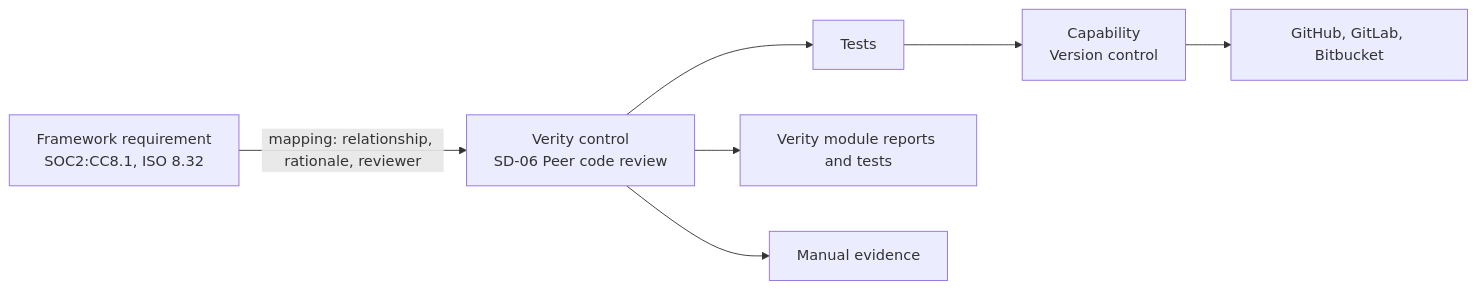
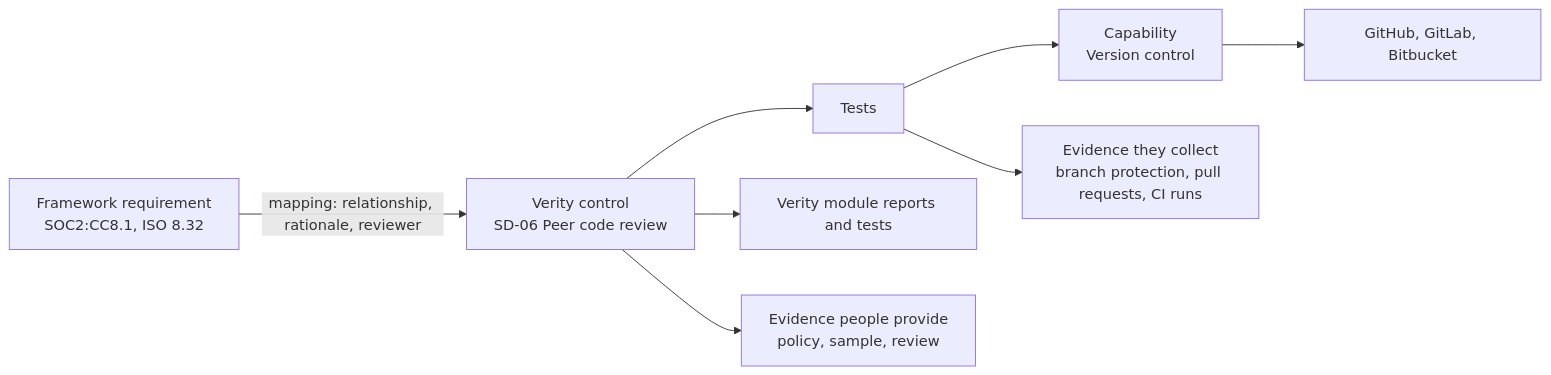
One commit to mehboob14/GRC_App_private changed the diagram in docs/product/control-framework-requirements.md. Above: the diagram before and after it, drawn with Mermaid. The commit also changed other lines of this file and 22 other files, not shown here.

First line of the commit message:
docs(controls): user guide, ADR 0014 and architecture notes for the evidence chain

````diff
--- a/docs/product/control-framework-requirements.md
+++ b/docs/product/control-framework-requirements.md
@@ -17,7 +17,8 @@
 ```mermaid
 flowchart LR
   R["Framework requirement<br/>SOC2:CC8.1, ISO 8.32"] -- "mapping: relationship, rationale, reviewer" --> C["Verity control<br/>SD-06 Peer code review"]
   C --> T["Tests"] --> K["Capability<br/>Version control"] --> P["GitHub, GitLab, Bitbucket"]
+  T --> A["Evidence they collect<br/>branch protection, pull requests, CI runs"]
   C --> M["Verity module reports and tests"]
-  C --> E["Manual evidence"]
+  C --> E["Evidence people provide<br/>policy, sample, review"]
 ```
````
